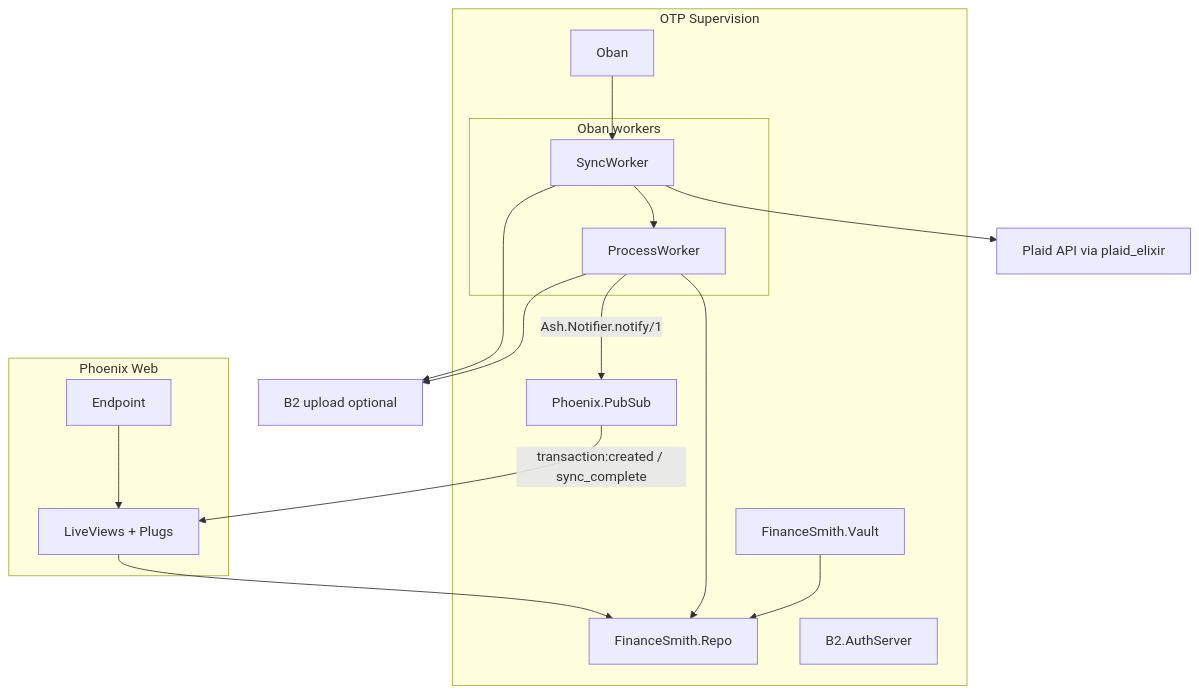
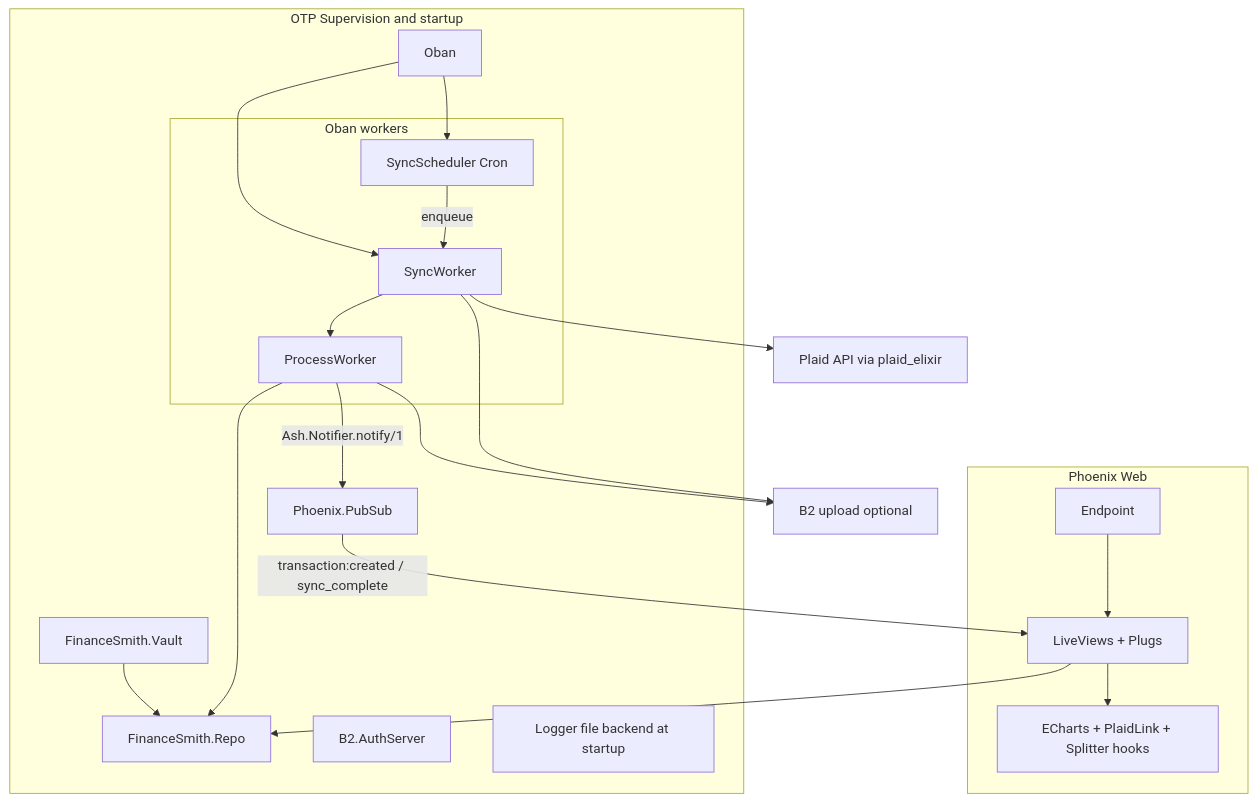
One commit to tblenahan/finance_smith changed the diagram in docs/service-state-report.md. Above: the diagram before and after it, drawn with Mermaid. The commit also changed other lines of this file, not shown here.

````diff
--- a/docs/service-state-report.md
+++ b/docs/service-state-report.md
@@ -19,31 +19,37 @@
 ```mermaid
 flowchart TB
   subgraph web [Phoenix Web]
     Endpoint[Endpoint]
     LiveView[LiveViews + Plugs]
+    ClientJS[ECharts + PlaidLink + Splitter hooks]
     Endpoint --> LiveView
+    LiveView --> ClientJS
   end
 
-  subgraph otp [OTP Supervision]
+  subgraph otp [OTP Supervision and startup]
     Repo[FinanceSmith.Repo]
     Vault[FinanceSmith.Vault]
     PubSub[Phoenix.PubSub]
     B2Auth[B2.AuthServer]
     Oban[Oban]
+    LoggerFB[Logger file backend at startup]
     subgraph workers [Oban workers]
+      Sched[SyncScheduler Cron]
       Sync[SyncWorker]
       Proc[ProcessWorker]
     end
   end
 
   LiveView --> Repo
+  Oban --> Sched
+  Sched -->|enqueue| Sync
   Oban --> Sync
   Sync --> PlaidAPI[Plaid API via plaid_elixir]
   Sync --> B2[B2 upload optional]
   Sync --> Proc
   Proc --> B2
   Proc --> Repo
   Proc -->|"Ash.Notifier.notify/1"| PubSub
   Vault --> Repo
   PubSub -->|"transaction:created / sync_complete"| LiveView
 ```
````
